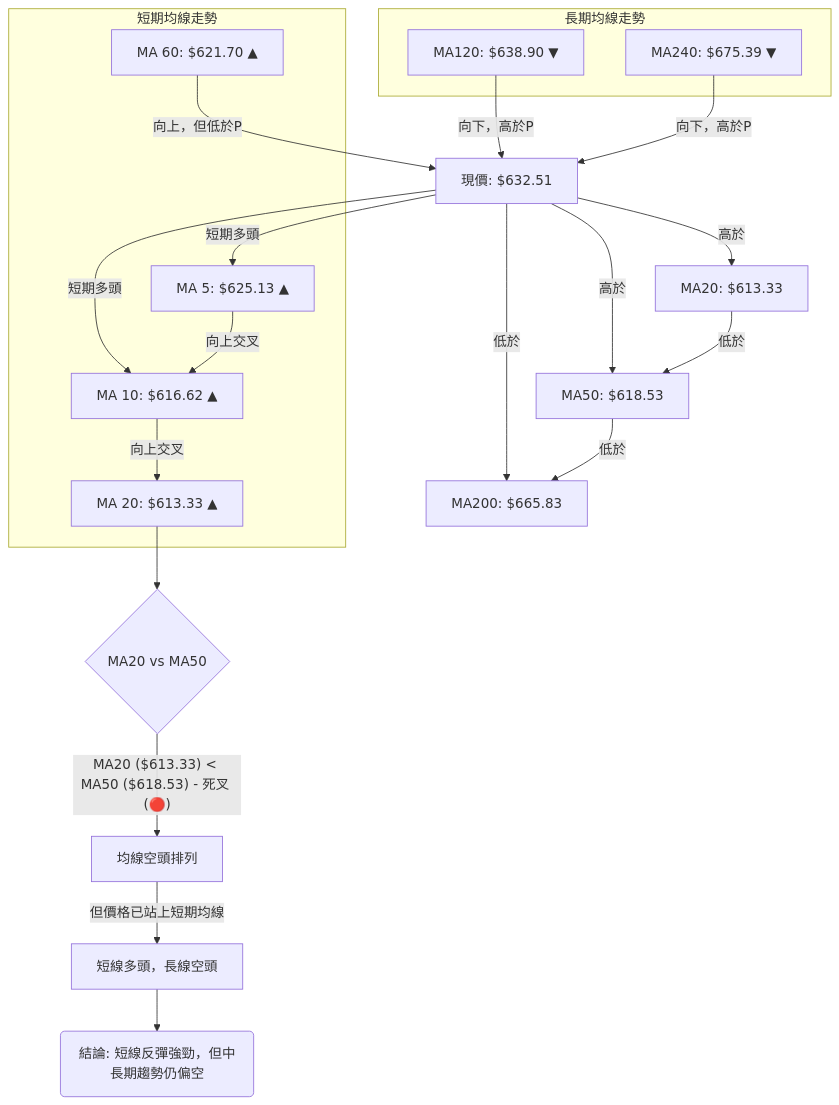
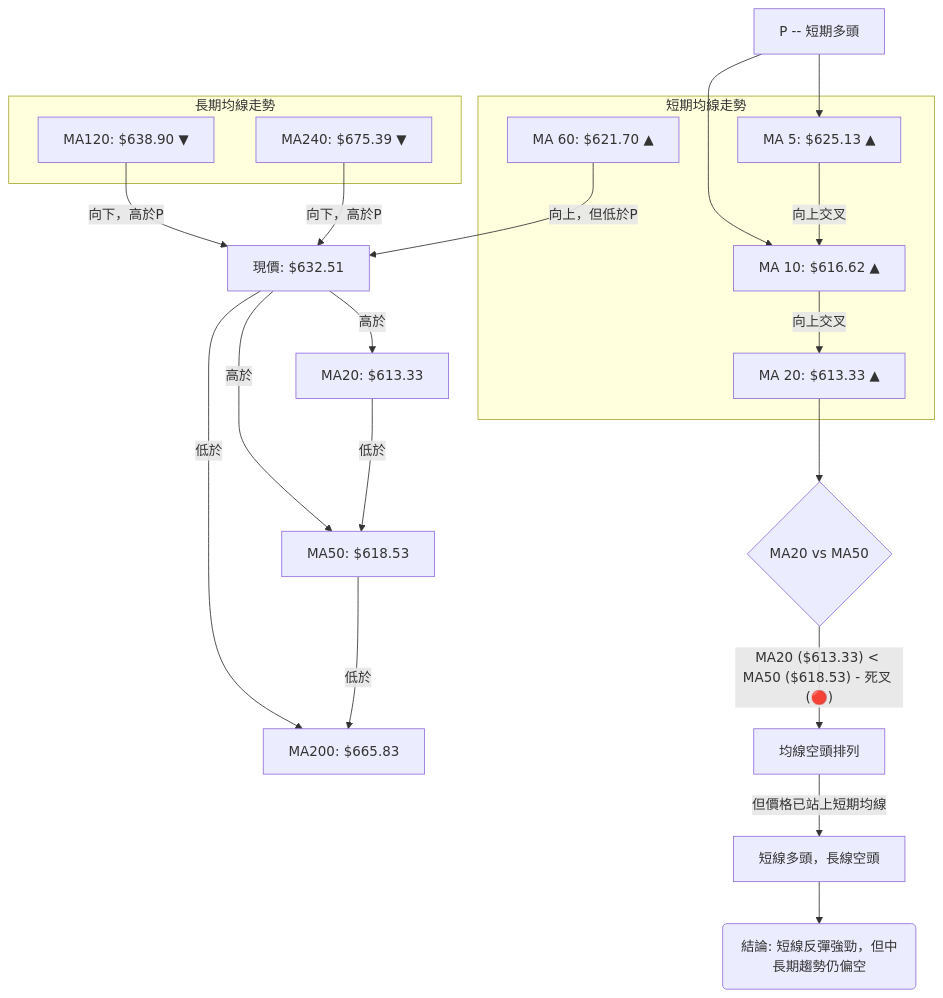
Before and after one commit to yennanliu/finance_data: the sixth of 6 diagrams in ai_gen_report/stock/meta/technical_analysis_2026-06-01_gemini.md, drawn with Mermaid. The commit also changed other lines of this file and 2258 other files, not shown here.

First line of the commit message:
chore: backfill Mermaid syntax repair across existing reports

````diff
--- a/ai_gen_report/stock/meta/technical_analysis_2026-06-01_gemini.md
+++ b/ai_gen_report/stock/meta/technical_analysis_2026-06-01_gemini.md
@@ -481,40 +481,40 @@
 ```mermaid
 graph TD
-    P[現價: $632.51]
-    MA20[MA20: $613.33]
-    MA50[MA50: $618.53]
-    MA200[MA200: $665.83]
+    P["現價: $632.51"]
+    MA20["MA20: $613.33"]
+    MA50["MA50: $618.53"]
+    MA200["MA200: $665.83"]
 
-    P -->|高於| MA20
-    P -->|高於| MA50
-    P -->|低於| MA200
+    P -->|"高於"| MA20
+    P -->|"高於"| MA50
+    P -->|"低於"| MA200
 
-    MA20 -->|低於| MA50
-    MA50 -->|低於| MA200
+    MA20 -->|"低於"| MA50
+    MA50 -->|"低於"| MA200
 
     subgraph 短期均線走勢
         MA_Short_5["MA  5: $625.13 ▲"]
         MA_Short_10["MA 10: $616.62 ▲"]
         MA_Short_20["MA 20: $613.33 ▲"]
         MA_Short_60["MA 60: $621.70 ▲"]
     end
 
     subgraph 長期均線走勢
         MA_Long_120["MA120: $638.90 ▼"]
         MA_Long_240["MA240: $675.39 ▼"]
     end
 
-    P -- 短期多頭 --> MA_Short_5
-    P -- 短期多頭 --> MA_Short_10
-    MA_Short_5 -->|向上交叉| MA_Short_10
-    MA_Short_10 -->|向上交叉| MA_Short_20
+    nb1["P -- 短期多頭"] --> MA_Short_5
+    nb1["P -- 短期多頭"] --> MA_Short_10
+    MA_Short_5 -->|"向上交叉"| MA_Short_10
+    MA_Short_10 -->|"向上交叉"| MA_Short_20
 
-    MA_Short_60 -->|向上，但低於P| P
-    MA_Long_120 -->|向下，高於P| P
-    MA_Long_240 -->|向下，高於P| P
+    MA_Short_60 -->|"向上，但低於P"| P
+    MA_Long_120 -->|"向下，高於P"| P
+    MA_Long_240 -->|"向下，高於P"| P
 
-    MA_Short_20 --> MA_Short_50_Relation{MA20 vs MA50}
-    MA_Short_50_Relation -- "MA20 ($613.33) < MA50 ($618.53) - 死叉 (🔴)" --> Bearish_Align[均線空頭排列]
-    Bearish_Align -- "但價格已站上短期均線" --> Mixed_Signal[短線多頭，長線空頭]
+    MA_Short_20 --> MA_Short_50_Relation{"MA20 vs MA50"}
+    MA_Short_50_Relation -- "MA20 ($613.33) < MA50 ($618.53) - 死叉 (🔴)" --> Bearish_Align["均線空頭排列"]
+    Bearish_Align -- "但價格已站上短期均線" --> Mixed_Signal["短線多頭，長線空頭"]
     Mixed_Signal --> VERDICT("結論: 短線反彈強勁，但中長期趨勢仍偏空")
 ```
````
